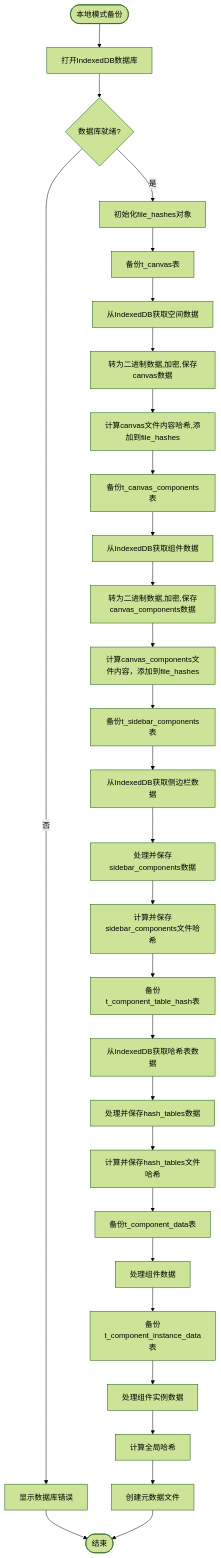
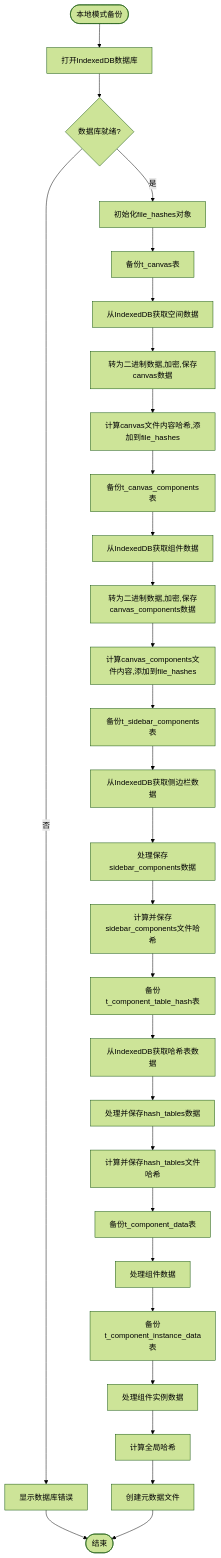
The diagram in all/未命名-56.md (yingjianzh/iodraw-files), drawn with Mermaid (forest theme) before and after one commit.

Commit message:
2025-05-12 14:15:13 update

````diff
--- a/all/未命名-56.md
+++ b/all/未命名-56.md
@@ -1,44 +1,44 @@
 ```mermaid
 
 flowchart TD
     Start([本地模式备份]) --> OpenDB[打开IndexedDB数据库]
     OpenDB --> DBReady{数据库就绪?}
     
     DBReady -->|否| ShowDBError[显示数据库错误]
     DBReady -->|是| InitHashObject[初始化file_hashes对象]
     
     ShowDBError --> End([结束])
     
     InitHashObject --> BackupCanvas[备份t_canvas表]
     BackupCanvas --> GetCanvasFromDB[从IndexedDB获取空间数据]
     GetCanvasFromDB --> ProcessCanvasFile[转为二进制数据,加密,保存canvas数据]
     ProcessCanvasFile --> AddCanvasHash[计算canvas文件内容哈希,添加到file_hashes]
     
     AddCanvasHash --> BackupCanvasComps[备份t_canvas_components表]
     BackupCanvasComps --> GetCanvasCompsFromDB[从IndexedDB获取组件数据]
     GetCanvasCompsFromDB --> ProcessCanvasCompsFile[转为二进制数据,加密,保存canvas_components数据]
-    ProcessCanvasCompsFile --> AddCanvasCompsHash[计算canvas_components文件内容，添加到file_hashes]
+    ProcessCanvasCompsFile --> AddCanvasCompsHash[计算canvas_components文件内容,添加到file_hashes]
     
     AddCanvasCompsHash --> BackupSidebarComps[备份t_sidebar_components表]
     BackupSidebarComps --> GetSidebarCompsFromDB[从IndexedDB获取侧边栏数据]
-    GetSidebarCompsFromDB --> ProcessSidebarCompsFile[处理并保存sidebar_components数据]
+    GetSidebarCompsFromDB --> ProcessSidebarCompsFile[处理保存sidebar_components数据]
     ProcessSidebarCompsFile --> AddSidebarCompsHash[计算并保存sidebar_components文件哈希]
     
     AddSidebarCompsHash --> BackupHashTables[备份t_component_table_hash表]
     BackupHashTables --> GetHashTablesFromDB[从IndexedDB获取哈希表数据]
     GetHashTablesFromDB --> ProcessHashTablesFile[处理并保存hash_tables数据]
     ProcessHashTablesFile --> AddHashTablesHash[计算并保存hash_tables文件哈希]
     
     AddHashTablesHash --> BackupCompData[备份t_component_data表]
     BackupCompData --> ProcessCompData[处理组件数据]
     
     ProcessCompData --> BackupInstData[备份t_component_instance_data表]
     BackupInstData --> ProcessInstData[处理组件实例数据]
     
     ProcessInstData --> CalculateGlobalHash[计算全局哈希]
     CalculateGlobalHash --> CreateMetadataFile[创建元数据文件]
     
     CreateMetadataFile --> End
 
 
 ```
````
